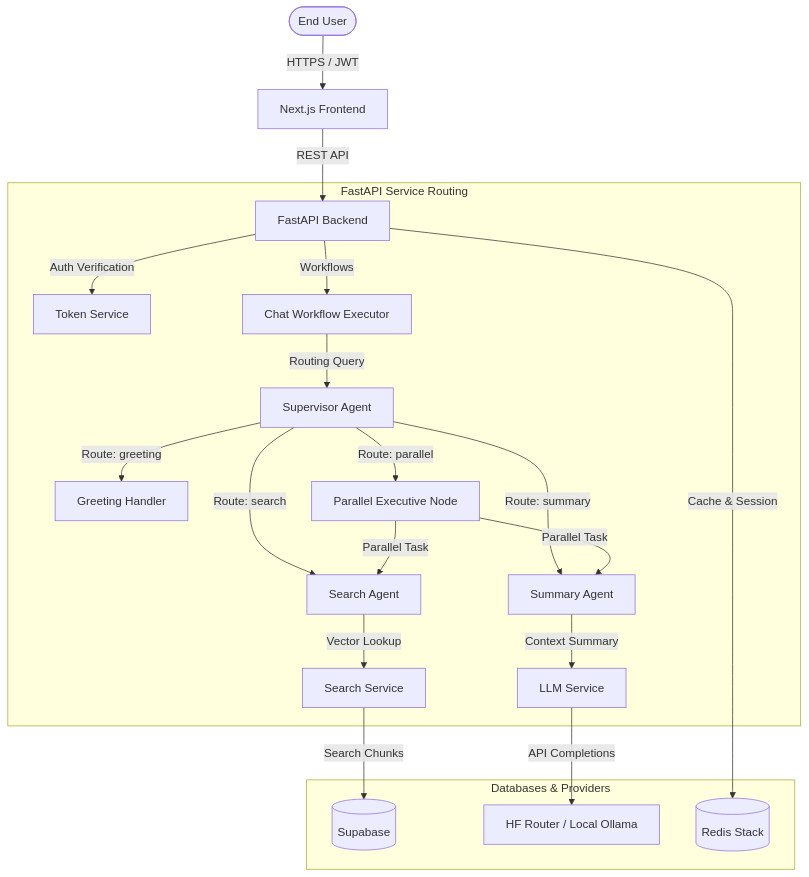
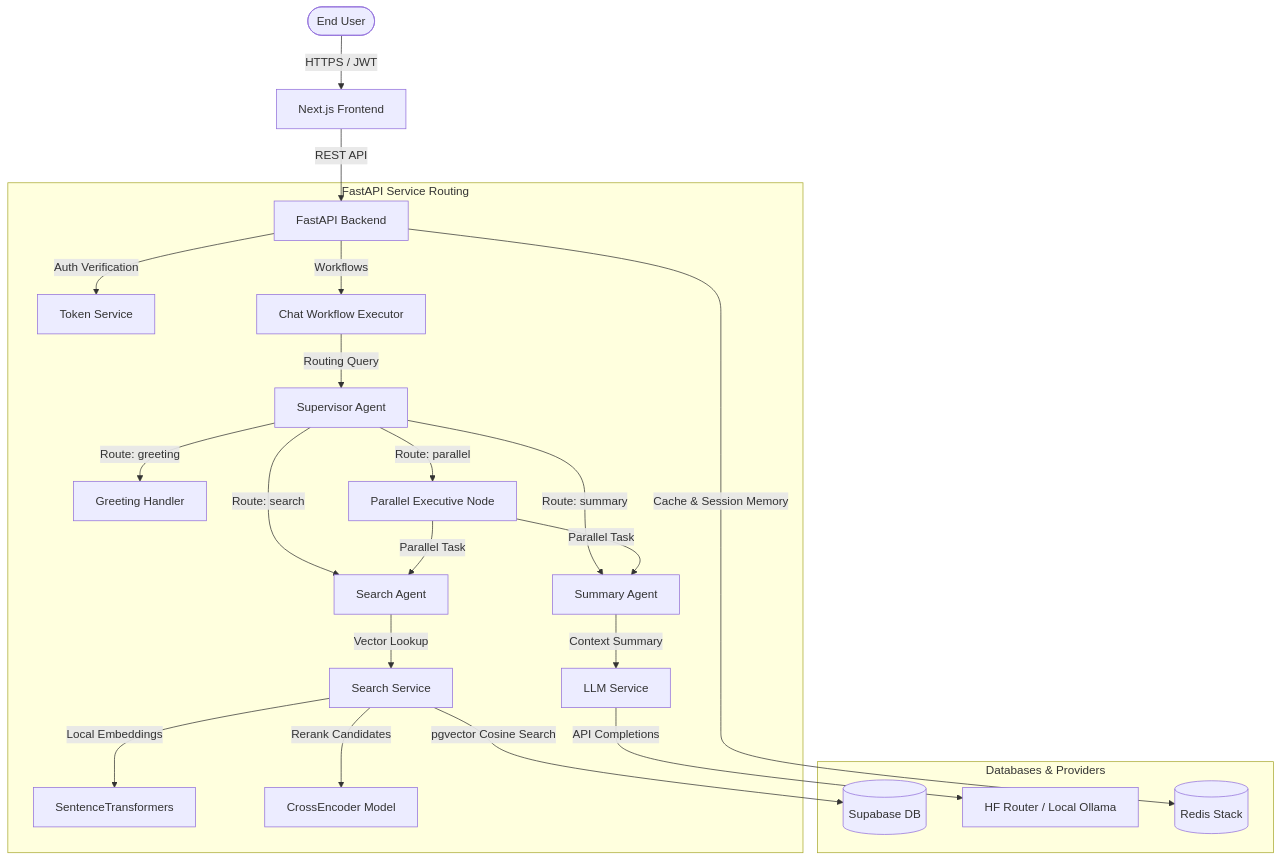
One commit to Sayan-Official-32/Agentic-Platform changed the diagram in README.md. Above: the diagram before and after it, drawn with Mermaid. The commit also changed other lines of this file and 1 other file, not shown here.

````diff
--- a/README.md
+++ b/README.md
@@ -54,26 +64,29 @@
 ```mermaid
 graph TD
     User([End User]) -->|HTTPS / JWT| FE[Next.js Frontend]
     FE -->|REST API| BE[FastAPI Backend]
 
     subgraph FastAPI Service Routing
         BE -->|Auth Verification| Token[Token Service]
         BE -->|Workflows| WF[Chat Workflow Executor]
         
         WF -->|Routing Query| SV[Supervisor Agent]
         SV -->|Route: greeting| G[Greeting Handler]
         SV -->|Route: search| SA[Search Agent]
         SV -->|Route: summary| SU[Summary Agent]
         SV -->|Route: parallel| PA[Parallel Executive Node]
 
         PA -->|Parallel Task| SA & SU
-        SA -->|Vector Lookup| ESClient[Search Service]
+        SA -->|Vector Lookup| DBClient[Search Service]
         SU -->|Context Summary| LLMClient[LLM Service]
+        
+        DBClient -->|Local Embeddings| Embed[SentenceTransformers]
+        DBClient -->|Rerank Candidates| Reranker[CrossEncoder Model]
     end
 
     subgraph Databases & Providers
-        ESClient -->|Search Chunks| ES[(Supabase)]
+        DBClient -->|pgvector Cosine Search| Supabase[(Supabase DB)]
         LLMClient -->|API Completions| LLM[HF Router / Local Ollama]
-        BE -->|Cache & Session| Redis[(Redis Stack)]
+        BE -->|Cache & Session Memory| Redis[(Redis Stack)]
     end
 ```
````
